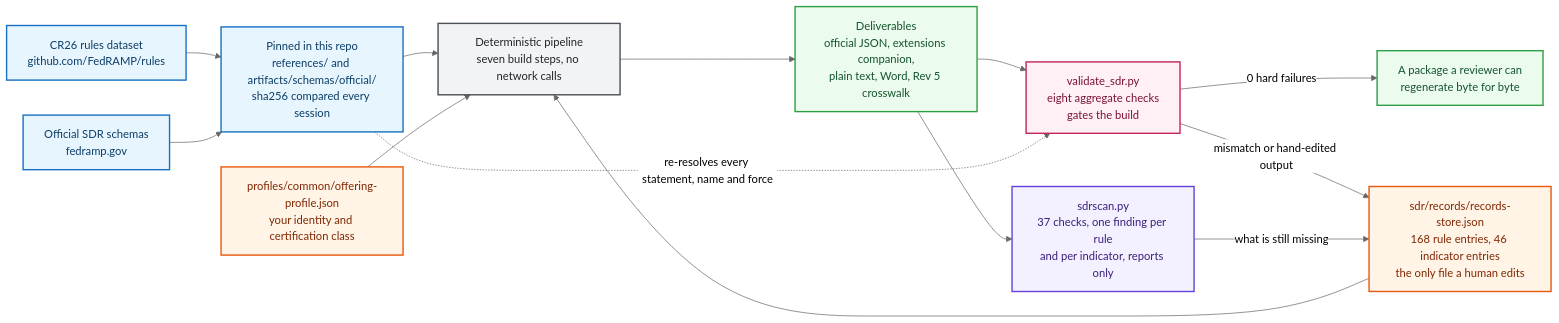
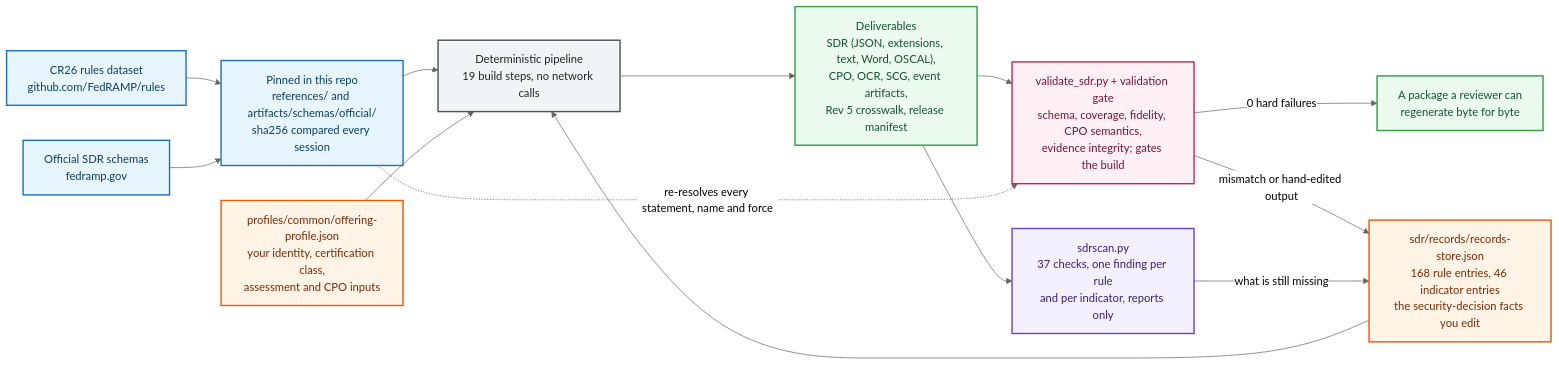
The first of 3 diagrams in docs/architecture.md (satishuv/FEDRAMP-20x-SDR-Documentation), drawn with Mermaid (neutral theme) before and after one commit. The commit also changed other lines of this file and 4 other files, not shown here.

````diff
--- a/docs/architecture.md
+++ b/docs/architecture.md
@@ -9,39 +9,39 @@
 ```mermaid
 flowchart LR
     DSU["CR26 rules dataset<br/>github.com/FedRAMP/rules"]
     SCU["Official SDR schemas<br/>fedramp.gov"]
     PIN["Pinned in this repo<br/>references/ and artifacts/schemas/official/<br/>sha256 compared every session"]
-    RS["sdr/records/records-store.json<br/>168 rule entries, 46 indicator entries<br/>the only file a human edits"]
-    OP["profiles/common/offering-profile.json<br/>your identity and certification class"]
-    PIPE["Deterministic pipeline<br/>seven build steps, no network calls"]
-    OUT["Deliverables<br/>official JSON, extensions companion,<br/>plain text, Word, Rev 5 crosswalk"]
-    GATE["validate_sdr.py<br/>eight aggregate checks<br/>gates the build"]
+    RS["sdr/records/records-store.json<br/>168 rule entries, 46 indicator entries<br/>the security-decision facts you edit"]
+    OP["profiles/common/offering-profile.json<br/>your identity, certification class,<br/>assessment and CPO inputs"]
+    PIPE["Deterministic pipeline<br/>19 build steps, no network calls"]
+    OUT["Deliverables<br/>SDR (JSON, extensions, text, Word, OSCAL),<br/>CPO, OCR, SCG, event artifacts,<br/>Rev 5 crosswalk, release manifest"]
+    GATE["validate_sdr.py + validation gate<br/>schema, coverage, fidelity, CPO semantics,<br/>evidence integrity; gates the build"]
     SCAN["sdrscan.py<br/>37 checks, one finding per rule<br/>and per indicator, reports only"]
     SHIP["A package a reviewer can<br/>regenerate byte for byte"]
 
     DSU --> PIN
     SCU --> PIN
     PIN --> PIPE
     RS --> PIPE
     OP --> PIPE
     PIPE --> OUT
     OUT --> GATE
     OUT --> SCAN
     PIN -.->|re-resolves every statement, name and force| GATE
     GATE -->|0 hard failures| SHIP
     GATE -->|mismatch or hand-edited output| RS
     SCAN -->|what is still missing| RS
 
     classDef src fill:#e7f5ff,stroke:#1971c2,stroke-width:2px,color:#0b3d66
     classDef you fill:#fff4e6,stroke:#e8590c,stroke-width:2px,color:#7f2704
     classDef step fill:#f1f3f5,stroke:#495057,stroke-width:2px,color:#212529
     classDef out fill:#ebfbee,stroke:#2f9e44,stroke-width:2px,color:#14532d
     classDef gate fill:#fff0f6,stroke:#c2255c,stroke-width:2px,color:#7a1236
     classDef scan fill:#f3f0ff,stroke:#6741d9,stroke-width:2px,color:#3b1e7a
     class DSU,SCU,PIN src
     class RS,OP you
     class PIPE step
     class OUT,SHIP out
     class GATE gate
     class SCAN scan
 ```
````
